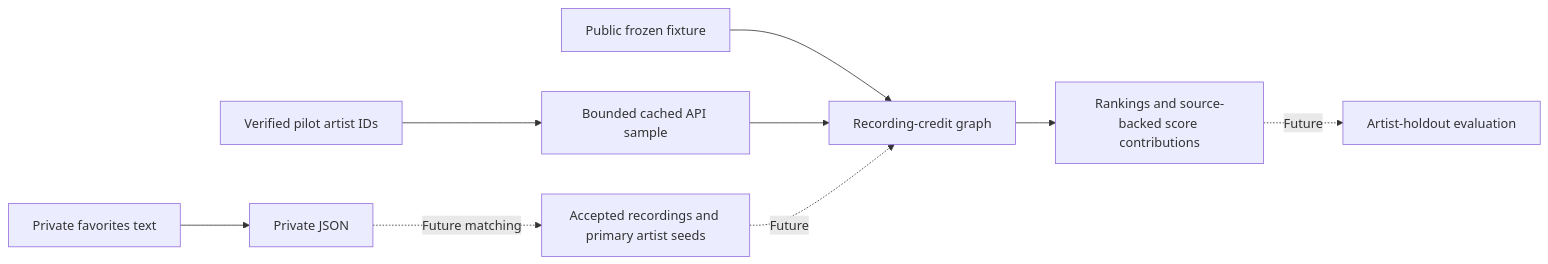
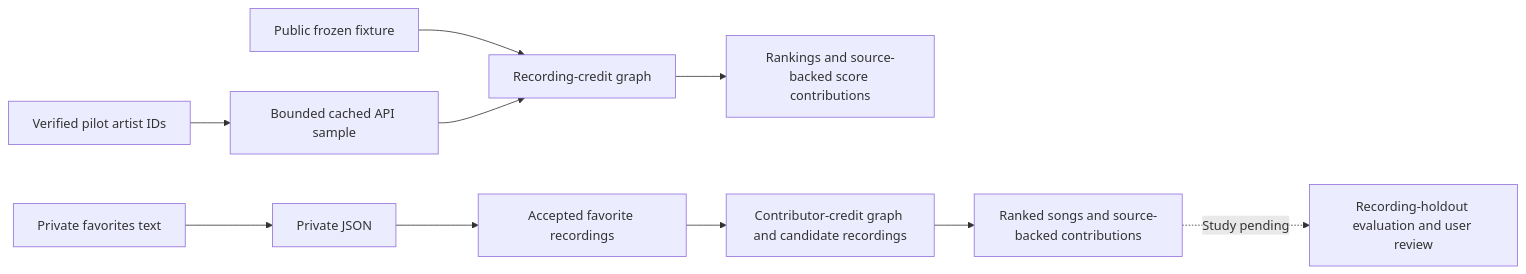
The diagram in README.md (jszala/music_recommender), drawn with Mermaid before and after one commit. The commit also changed other lines of this file and 31 other files, not shown here.

````diff
--- a/README.md
+++ b/README.md
@@ -32,11 +113,12 @@
 ```mermaid
 flowchart LR
     A[Private favorites text] --> B[Private JSON]
-    B -. Future matching .-> C[Accepted recordings and primary artist seeds]
+    B --> C[Accepted favorite recordings]
     F[Public frozen fixture] --> D[Recording-credit graph]
     H[Verified pilot artist IDs] --> I[Bounded cached API sample]
     I --> D
-    C -. Future .-> D
     D --> E[Rankings and source-backed score contributions]
-    E -. Future .-> G[Artist-holdout evaluation]
+    C --> J[Contributor-credit graph and candidate recordings]
+    J --> K[Ranked songs and source-backed contributions]
+    K -. Study pending .-> G[Recording-holdout evaluation and user review]
 ```
````
